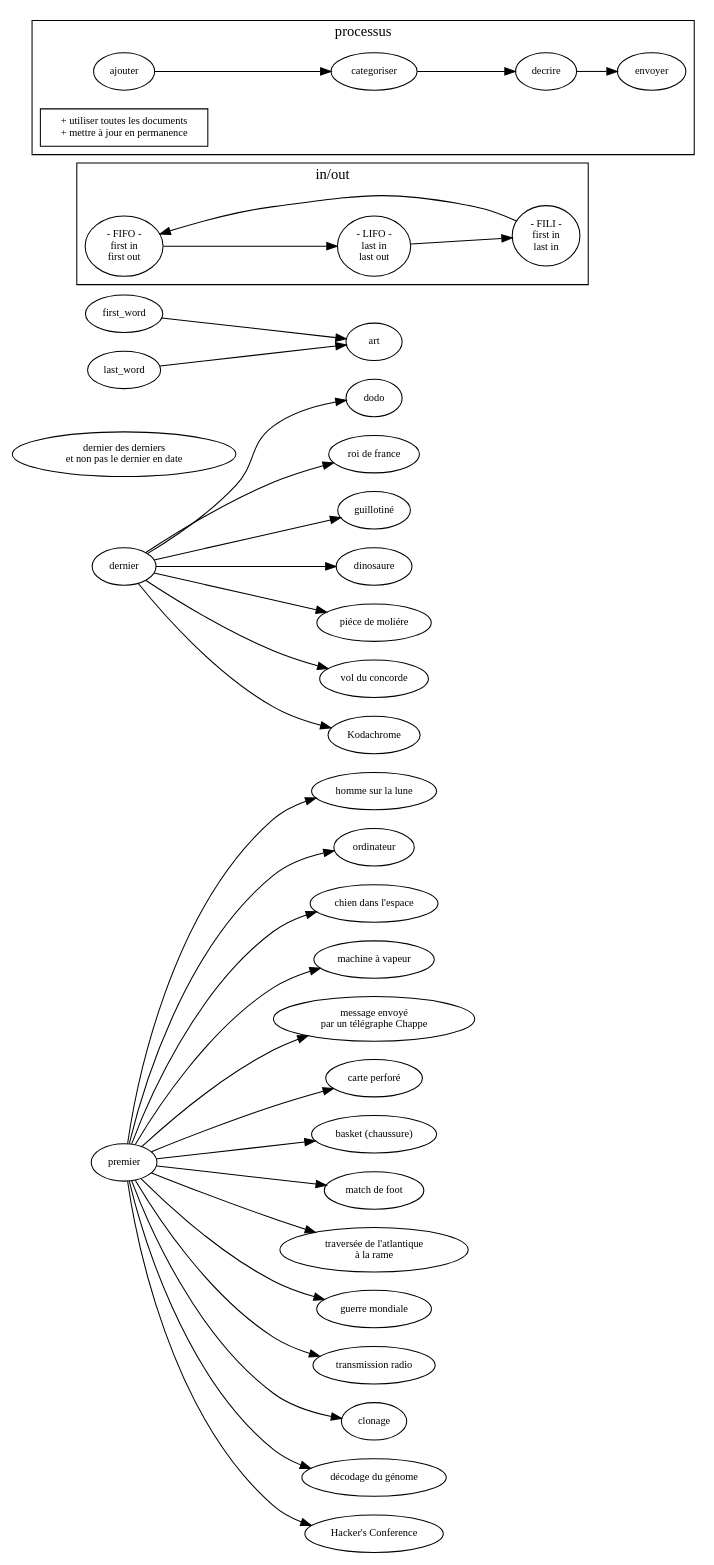
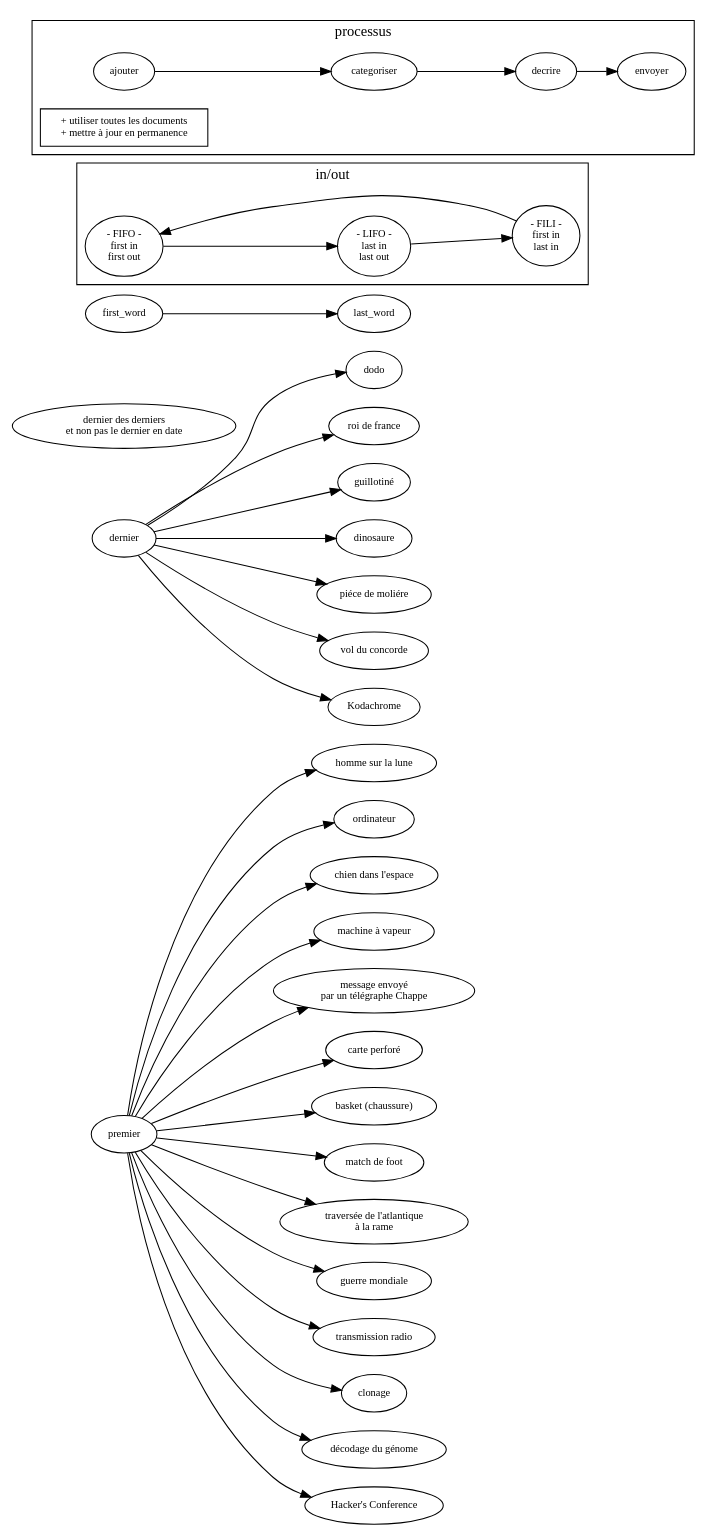
The diagram in sujet.dot (ensad-nancy/first-last), drawn with Graphviz before and after one commit.

Commit message:
+	first_word -> last_word

```diff
--- a/sujet.dot
+++ b/sujet.dot
@@ -1,67 +1,66 @@
 digraph {
 
 	layout= "dot"
 	
 
 	fontname="myriadpro"
 	fontsize = 14
 	rankdir="LR"
 	
 	
 	node [fontname="myriadpro", fontsize = 10]
 	edge [fontname="monaco", fontsize = 9]
 	
 	first [label="premier"]
 	last [label="dernier"]
 	
 	"dernier des derniers\n et non pas le dernier en date" 
 
 	first -> "homme sur la lune"
 	first -> "ordinateur"
 	first -> "chien dans l'espace"
 	first -> "machine à vapeur"
 	first -> "message envoyé\npar un télégraphe Chappe"
 	first -> "carte perforé"
 	first -> "basket (chaussure)"
 	first -> "match de foot"
 	first -> "traversée de l'atlantique\nà la rame"
 	first -> "guerre mondiale"
 	first -> "transmission radio"
 	first -> "clonage"
 	first -> "décodage du génome"
 	first -> "Hacker's Conference"
 	
 	last -> dodo
 	last -> "roi de france"
 	last -> "guillotiné"
 	last -> "dinosaure"
 	last -> "piéce de moliére"
 	last -> "vol du concorde"
 	last -> "Kodachrome"
 
 
-	first_word -> art
-	last_word -> art
+	first_word -> last_word
 	subgraph cluster_FO{
 	
 		label="in/out"
 		
 		FIFO [label="- FIFO -\nfirst in\nfirst out"]
 		LIFO [label="- LIFO -\nlast in\nlast out"]
 		FILI [label="- FILI -\nfirst in\n last in"]
 
 		FILI -> FIFO -> LIFO -> FILI
 	}
 	
 	subgraph cluster_process {
 		
 		label="processus"
 		
 		//get [label="récolter"]
 		
 		ajouter -> categoriser -> decrire -> envoyer
 		
 		"+ utiliser toutes les documents
 + mettre à jour en permanence" [ shape=box]
 	}
 }
```
